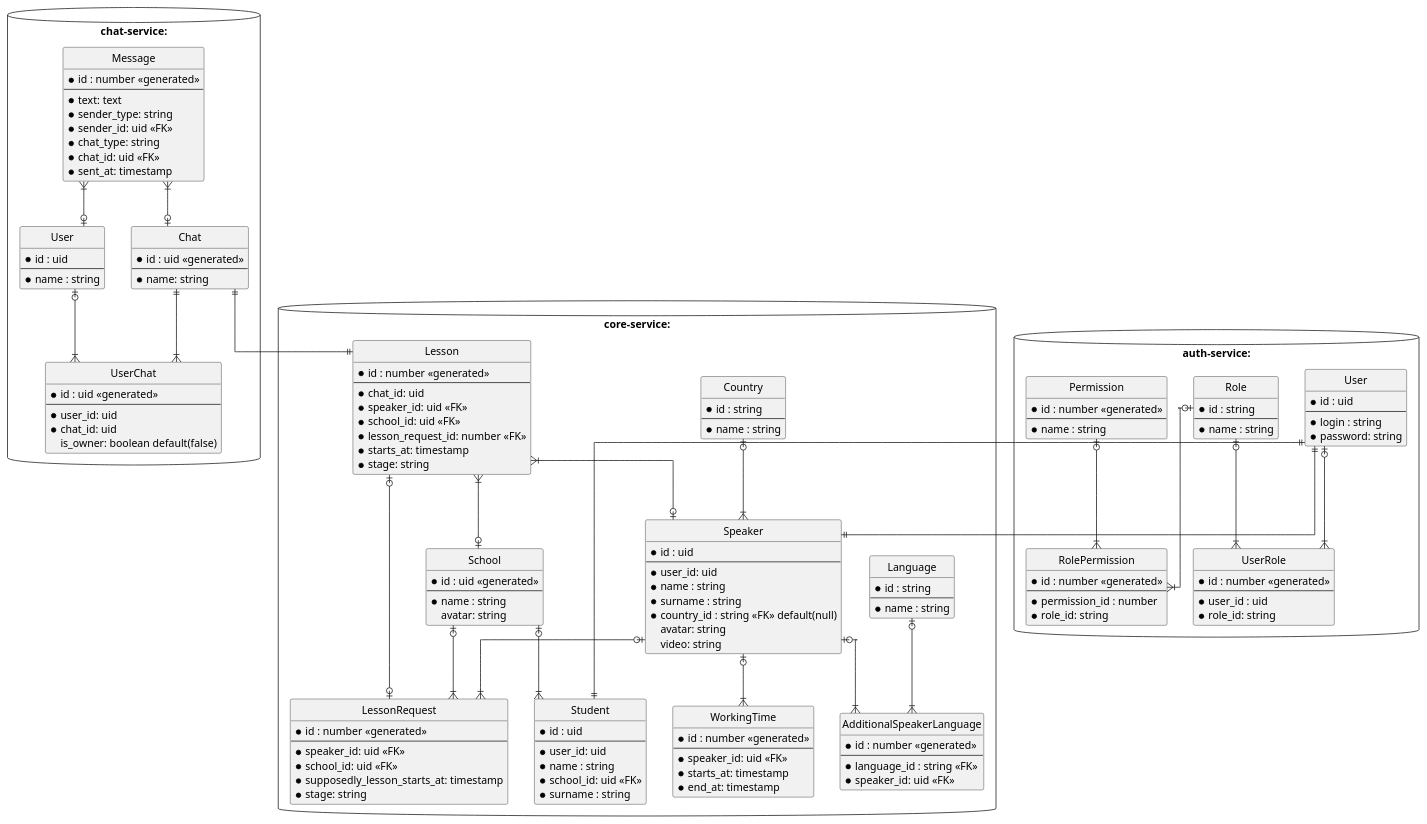
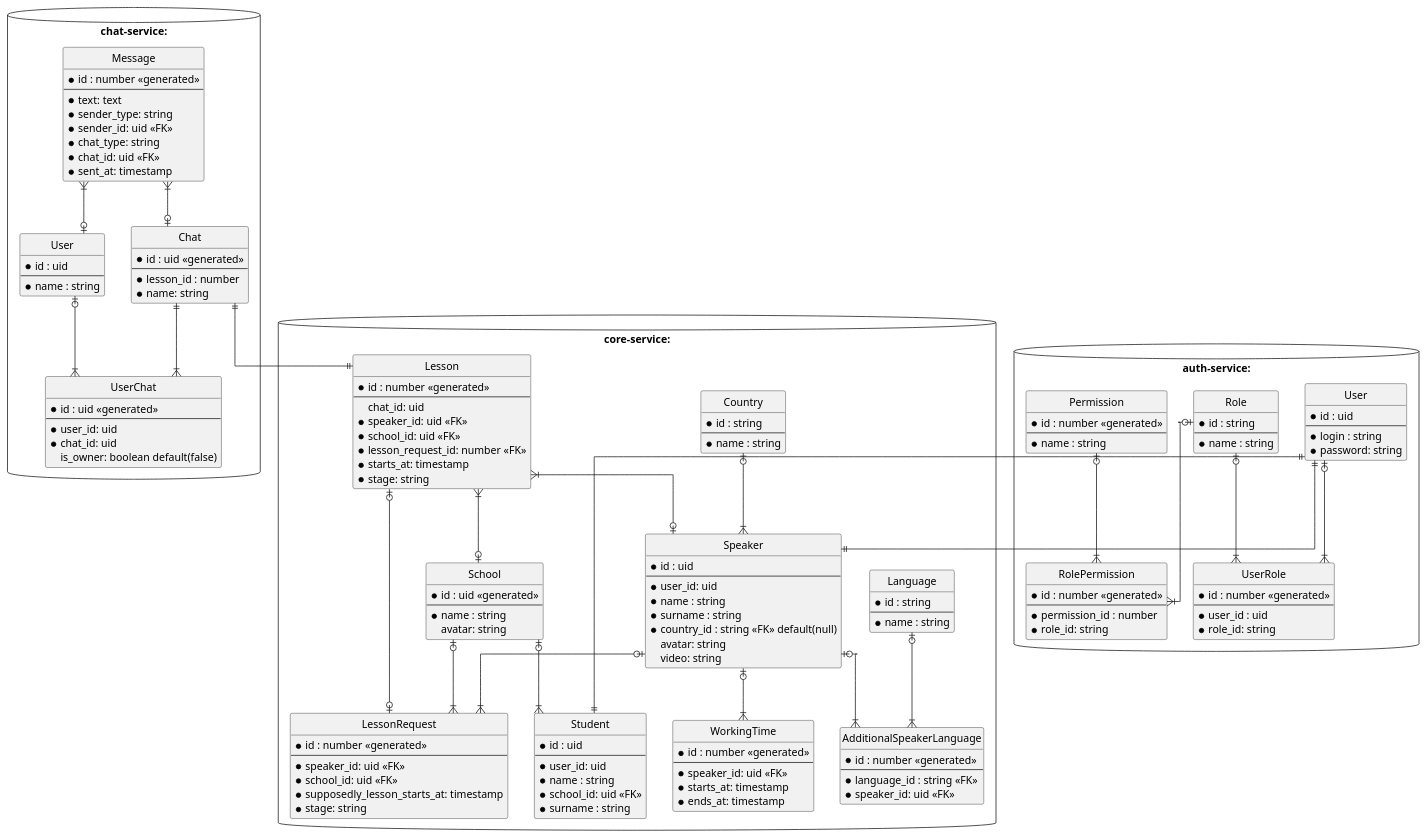
Before and after one commit to egal/framework: the diagram in stand/dbschema.puml, drawn with PlantUML. The commit also changed 7 other files, not shown here.

```diff
--- a/stand/dbschema.puml
+++ b/stand/dbschema.puml
@@ -1,178 +1,179 @@
 @startuml
 ' hide the spot
 hide circle
 
 ' avoid problems with angled crows feet
 skinparam linetype ortho
 
 database core-service: {
 
 entity "Student" as stud {
   *id : uid
   --
   *user_id: uid
   *name : string
   *school_id: uid <<FK>>
   *surname : string
 }
 
 entity "Speaker" as speaker {
   *id : uid
   --
   *user_id: uid
   *name : string
   *surname : string
   *country_id : string <<FK>> default(null)
   avatar: string
   video: string
 }
 
 entity "School" as school {
   *id : uid <<generated>>
   --
   *name : string
   avatar: string
 }
 
 
 entity "Language" as lang {
   *id : string
   --
   *name : string
 }
 
 entity "Country" as country {
   *id : string
   --
   *name : string
 }
 
 entity "AdditionalSpeakerLanguage" as speaker_lang {
   *id : number <<generated>>
   --
   *language_id : string <<FK>>
   *speaker_id: uid <<FK>>
 }
 
 entity "WorkingTime" as working_time {
   *id : number <<generated>>
   --
   *speaker_id: uid <<FK>>
   *starts_at: timestamp
-  *end_at: timestamp
+  *ends_at: timestamp
 }
 
 entity "LessonRequest" as lesson_request {
   *id : number <<generated>>
   --
   *speaker_id: uid <<FK>>
   *school_id: uid <<FK>>
   *supposedly_lesson_starts_at: timestamp
   *stage: string
 }
 
 entity "Lesson" as lesson {
   *id : number <<generated>>
   --
-  *chat_id: uid
+  chat_id: uid
   *speaker_id: uid <<FK>>
   *school_id: uid <<FK>>
   *lesson_request_id: number <<FK>>
   *starts_at: timestamp
   *stage: string
 }
 
 speaker |o--|{ speaker_lang
 country |o--|{ speaker
 lesson  |o--o| lesson_request
 lesson  }|--o| speaker
 lesson  }|--o| school
 speaker |o--|{ lesson_request
 school  |o--|{ lesson_request
 school  |o--|{ stud
 lang    |o--|{ speaker_lang
 speaker |o--|{ working_time
 }
 
 database auth-service: {
 entity "User" as user {
   *id : uid
   --
   *login : string
   *password: string
 }
 
 entity "UserRole" as user_role {
   *id : number <<generated>>
   --
   *user_id : uid
   *role_id: string
 }
 
 entity "RolePermission" as role_permission {
   *id : number <<generated>>
   --
   *permission_id : number
   *role_id: string
 }
 
 entity "Permission" as permission {
   *id : number <<generated>>
   --
   *name : string
 }
 
 entity "Role" as role {
   *id : string
   --
   *name : string
 }
 
  user    |o--|{ user_role
  role    |o--|{ user_role
  role    |o--|{ role_permission
  permission |o--|{ role_permission
 }
 
 database chat-service: {
 entity "Message" as message {
   *id : number <<generated>>
   --
   *text: text
   *sender_type: string
   *sender_id: uid <<FK>>
   *chat_type: string
   *chat_id: uid <<FK>>
   *sent_at: timestamp
 }
 
 entity "User" as chat_user {
   *id : uid
   --
   *name : string
 }
 
 entity "Chat" as chat {
   *id : uid <<generated>>
   --
+  *lesson_id : number
   *name: string
 }
 
 entity "UserChat" as user_chat {
   *id : uid <<generated>>
   --
   *user_id: uid
   *chat_id: uid
   is_owner: boolean default(false)
 }
 
 
 chat_user |o--|{ user_chat
 chat  ||--|{ user_chat
 message }|--o| chat_user
 message }|--o| chat
 }
 chat ||--|| lesson
 user ||--|| stud
 user ||--|| speaker
 @enduml
```
